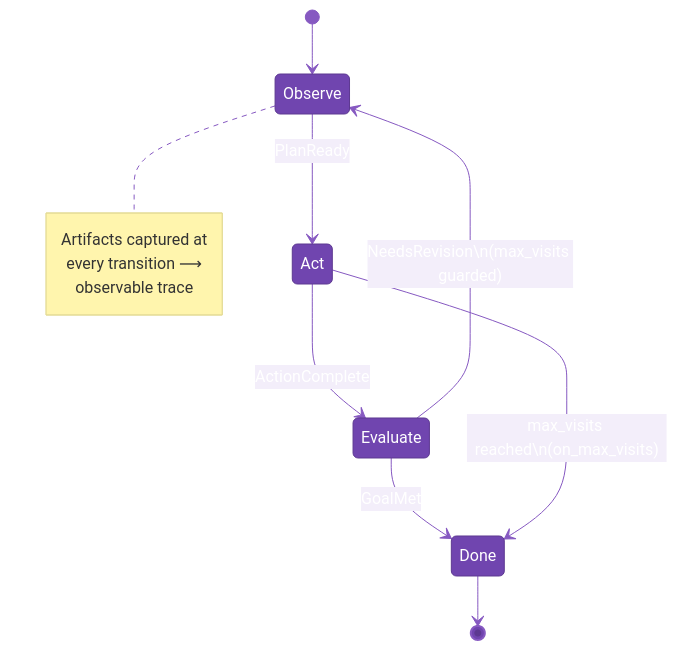
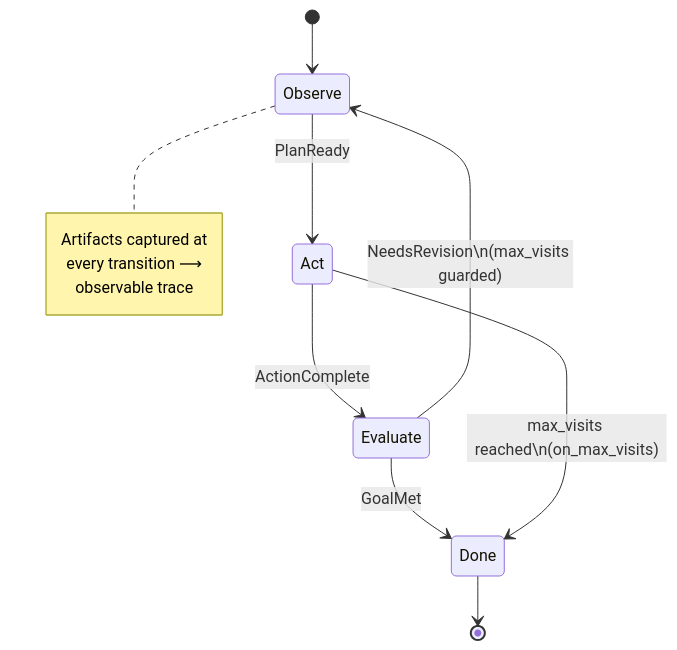
One commit to AltairaLabs/promptpack-spec changed the first of 2 diagrams in rfcs/0009-agent-loops.md. Above: the diagram before and after it, drawn with Mermaid. The commit also changed other lines of this file and 109 other files, not shown here.

````diff
--- a/rfcs/0009-agent-loops.md
+++ b/rfcs/0009-agent-loops.md
@@ -80,17 +80,16 @@
 ```mermaid
-%%{init: {'theme': 'base', 'themeVariables': { 'primaryColor': '#7045af', 'primaryTextColor': '#fff', 'primaryBorderColor': '#5d3991', 'lineColor': '#8659c1', 'secondaryColor': '#c9b1e8', 'tertiaryColor': '#f3eefa', 'edgeLabelBackground': '#f3eefa' }}}%%
 stateDiagram-v2
     [*] --> Observe
     Observe --> Act : PlanReady
     Act --> Evaluate : ActionComplete
     Evaluate --> Observe : NeedsRevision\n(max_visits guarded)
     Evaluate --> Done : GoalMet
     Act --> Done : max_visits reached\n(on_max_visits)
     Done --> [*]
 
     note right of Observe
         Artifacts captured at
         every transition ⟶
         observable trace
     end note
 ```
````
